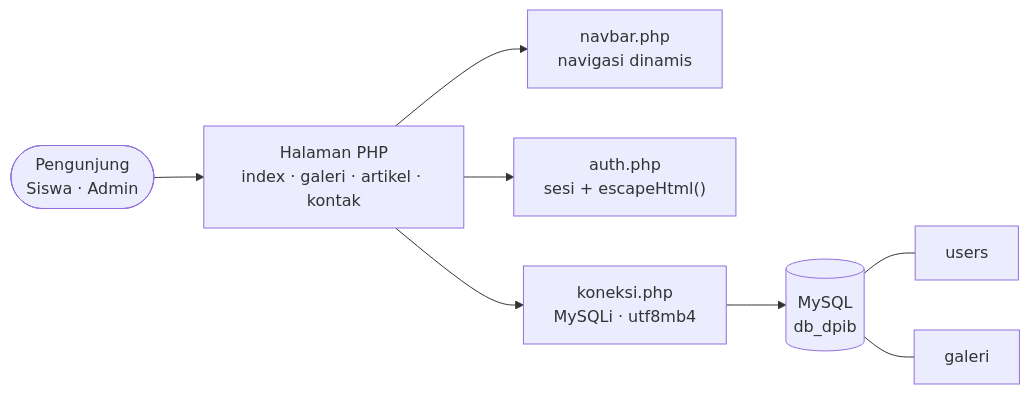
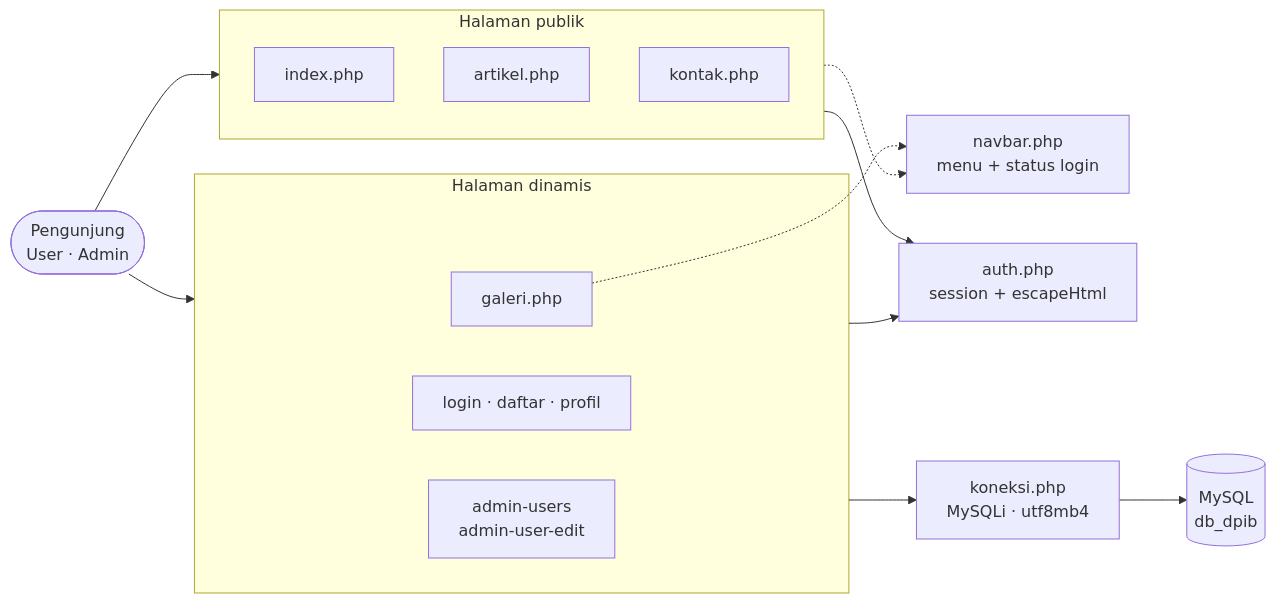
One commit to hamdandzrpl/DPIB-projects changed the first of 3 diagrams in README.md. Above: the diagram before and after it, drawn with Mermaid. The commit also changed other lines of this file, not shown here.

````diff
--- a/README.md
+++ b/README.md
@@ -84,10 +89,30 @@
 ```mermaid
 flowchart LR
-    U(["Pengunjung<br/>Siswa · Admin"]) --> P["Halaman PHP<br/>index · galeri · artikel · kontak"]
-    P --> N["navbar.php<br/>navigasi dinamis"]
-    P --> A["auth.php<br/>sesi + escapeHtml()"]
-    P --> K["koneksi.php<br/>MySQLi · utf8mb4"]
-    K --> D[("MySQL<br/>db_dpib")]
-    D --- T1["users"]
-    D --- T2["galeri"]
+    U(["Pengunjung<br/>User · Admin"])
+
+    subgraph PUB["Halaman publik"]
+        I["index.php"]
+        A["artikel.php"]
+        K["kontak.php"]
+    end
+
+    subgraph DYN["Halaman dinamis"]
+        G["galeri.php"]
+        L["login · daftar · profil"]
+        AD["admin-users<br/>admin-user-edit"]
+    end
+
+    NAV["navbar.php<br/>menu + status login"]
+    AUTH["auth.php<br/>session + escapeHtml"]
+    CONN["koneksi.php<br/>MySQLi · utf8mb4"]
+    DB[("MySQL<br/>db_dpib")]
+
+    U --> PUB
+    U --> DYN
+    PUB --> AUTH
+    DYN --> AUTH
+    PUB -.-> NAV
+    G -.-> NAV
+    DYN --> CONN
+    CONN --> DB
 ```
````
